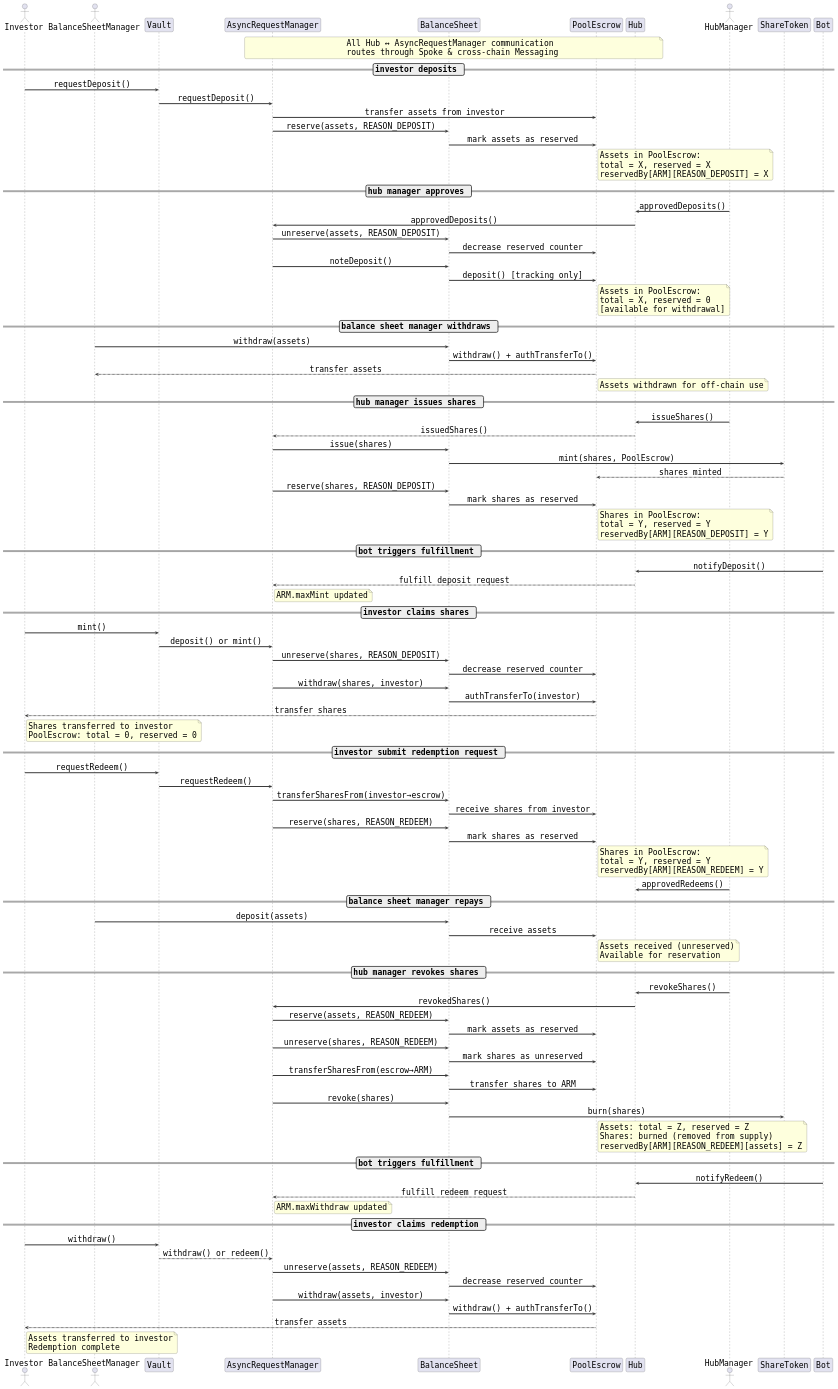
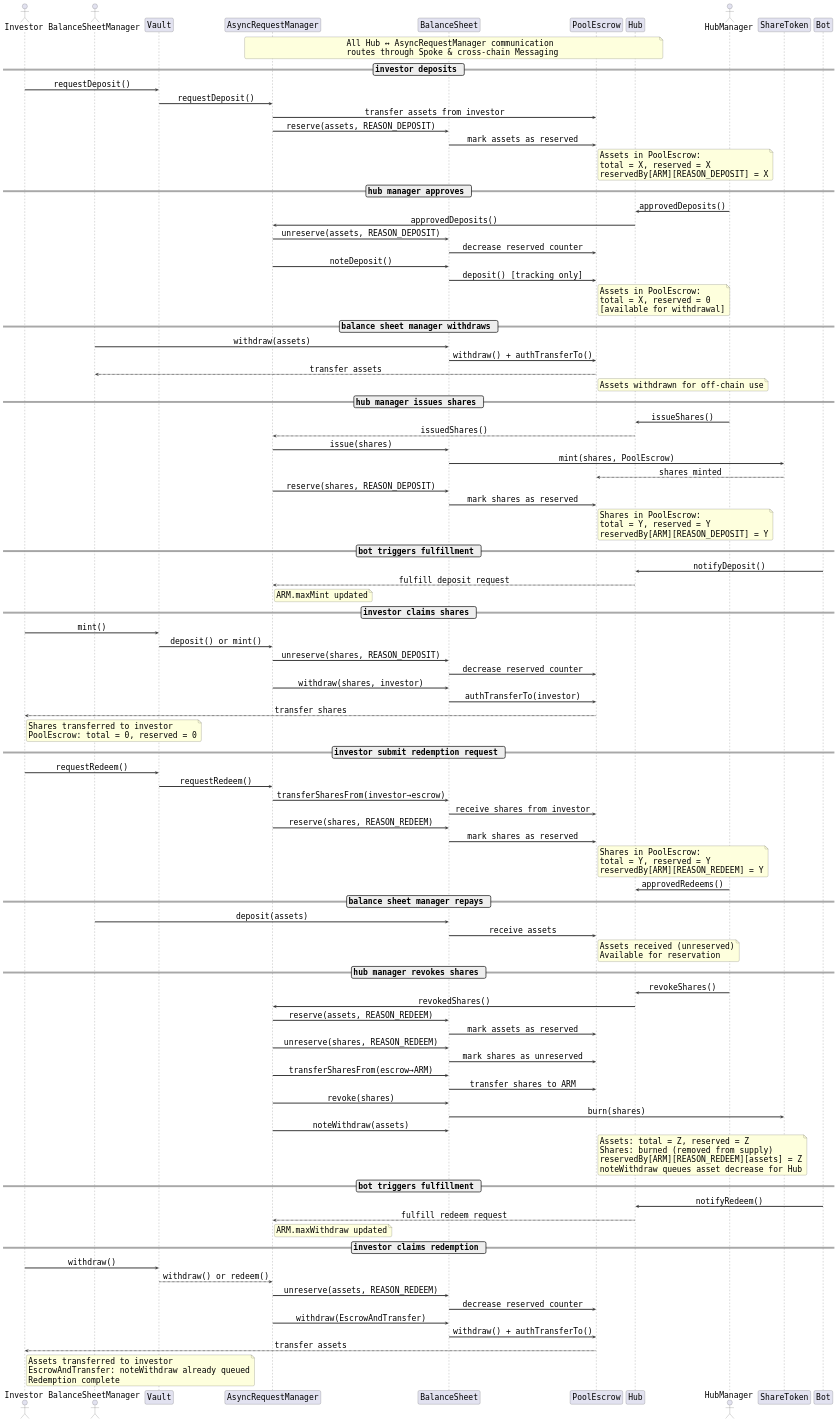
One commit to centrifuge/protocol changed the diagram in docs/architecture/vaults/flow-of-funds.puml. Above: the diagram before and after it, drawn with PlantUML. The commit also changed 19 other files, not shown here.

```diff
--- a/docs/architecture/vaults/flow-of-funds.puml
+++ b/docs/architecture/vaults/flow-of-funds.puml
@@ -1,182 +1,185 @@
 @startuml
 skinparam sequenceArrowThickness 3
 skinparam backgroundColor white
 skinparam sequenceMessageAlign center
 skinparam maxMessageSize 500
 skinparam roundcorner 10
 skinparam shadowing false
 skinparam defaultFontName "Monospaced"
 skinparam defaultFontSize 25
 
 skinparam sequence {
     ArrowColor #333333
     BoxBorderColor #999999
     BoxBackgroundColor #F9F9F9
     GroupBorderColor #AAAAAA
     GroupBackgroundColor #EEEEEE
 }
 
 actor Investor
 actor BalanceSheetManager
 participant Vault
 participant AsyncRequestManager as ARM
 participant BalanceSheet
 participant PoolEscrow
 participant Hub
 actor HubManager
 
 note over Hub, ARM
     All Hub ↔ AsyncRequestManager communication
     routes through Spoke & cross-chain Messaging
 end note
 
 == investor deposits ==
 
 Investor -> Vault : requestDeposit()
 Vault -> ARM : requestDeposit()
 ARM -> PoolEscrow : transfer assets from investor
 ARM -> BalanceSheet : reserve(assets, REASON_DEPOSIT)
 BalanceSheet -> PoolEscrow : mark assets as reserved
 
 note right of PoolEscrow
     Assets in PoolEscrow:
     total = X, reserved = X
     reservedBy[ARM][REASON_DEPOSIT] = X
 end note
 
 == hub manager approves ==
 
 HubManager -> Hub : approvedDeposits()
 Hub -> ARM : approvedDeposits()
 ARM -> BalanceSheet : unreserve(assets, REASON_DEPOSIT)
 BalanceSheet -> PoolEscrow : decrease reserved counter
 ARM -> BalanceSheet : noteDeposit()
 BalanceSheet -> PoolEscrow : deposit() [tracking only]
 
 note right of PoolEscrow
     Assets in PoolEscrow:
     total = X, reserved = 0
     [available for withdrawal]
 end note
 
 == balance sheet manager withdraws ==
 
 BalanceSheetManager -> BalanceSheet : withdraw(assets)
 BalanceSheet -> PoolEscrow : withdraw() + authTransferTo()
 PoolEscrow --> BalanceSheetManager : transfer assets
 
 note right of PoolEscrow
     Assets withdrawn for off-chain use
 end note
 
 == hub manager issues shares ==
 
 HubManager -> Hub : issueShares()
 Hub --> ARM : issuedShares()
 ARM -> BalanceSheet : issue(shares)
 BalanceSheet -> ShareToken : mint(shares, PoolEscrow)
 ShareToken --> PoolEscrow : shares minted
 ARM -> BalanceSheet : reserve(shares, REASON_DEPOSIT)
 BalanceSheet -> PoolEscrow : mark shares as reserved
 
 note right of PoolEscrow
     Shares in PoolEscrow:
     total = Y, reserved = Y
     reservedBy[ARM][REASON_DEPOSIT] = Y
 end note
 
 == bot triggers fulfillment ==
 
 Bot -> Hub : notifyDeposit()
 Hub --> ARM : fulfill deposit request
 
 note right of ARM
     ARM.maxMint updated
 end note
 
 == investor claims shares ==
 
 Investor -> Vault : mint()
 Vault -> ARM : deposit() or mint()
 ARM -> BalanceSheet : unreserve(shares, REASON_DEPOSIT)
 BalanceSheet -> PoolEscrow : decrease reserved counter
 ARM -> BalanceSheet : withdraw(shares, investor)
 BalanceSheet -> PoolEscrow : authTransferTo(investor)
 PoolEscrow --> Investor : transfer shares
 
 note right of Investor
     Shares transferred to investor
     PoolEscrow: total = 0, reserved = 0
 end note
 
 == investor submit redemption request ==
 
 Investor -> Vault : requestRedeem()
 Vault -> ARM : requestRedeem()
 ARM -> BalanceSheet : transferSharesFrom(investor→escrow)
 BalanceSheet -> PoolEscrow : receive shares from investor
 ARM -> BalanceSheet : reserve(shares, REASON_REDEEM)
 BalanceSheet -> PoolEscrow : mark shares as reserved
 
 note right of PoolEscrow
     Shares in PoolEscrow:
     total = Y, reserved = Y
     reservedBy[ARM][REASON_REDEEM] = Y
 end note
 
 HubManager -> Hub : approvedRedeems()
 
 == balance sheet manager repays ==
 
 BalanceSheetManager -> BalanceSheet : deposit(assets)
 BalanceSheet -> PoolEscrow : receive assets
 
 note right of PoolEscrow
     Assets received (unreserved)
     Available for reservation
 end note
 
 == hub manager revokes shares ==
 
 HubManager -> Hub : revokeShares()
 Hub -> ARM : revokedShares()
 ARM -> BalanceSheet : reserve(assets, REASON_REDEEM)
 BalanceSheet -> PoolEscrow : mark assets as reserved
 ARM -> BalanceSheet : unreserve(shares, REASON_REDEEM)
 BalanceSheet -> PoolEscrow : mark shares as unreserved
 ARM -> BalanceSheet : transferSharesFrom(escrow→ARM)
 BalanceSheet -> PoolEscrow : transfer shares to ARM
 ARM -> BalanceSheet : revoke(shares)
 BalanceSheet -> ShareToken : burn(shares)
+ARM -> BalanceSheet : noteWithdraw(assets)
 
 note right of PoolEscrow
     Assets: total = Z, reserved = Z
     Shares: burned (removed from supply)
     reservedBy[ARM][REASON_REDEEM][assets] = Z
+    noteWithdraw queues asset decrease for Hub
 end note
 
 == bot triggers fulfillment ==
 
 Bot -> Hub : notifyRedeem()
 Hub --> ARM : fulfill redeem request
 
 note right of ARM
     ARM.maxWithdraw updated
 end note
 
 == investor claims redemption ==
 
 Investor -> Vault : withdraw()
 Vault --> ARM : withdraw() or redeem()
 ARM -> BalanceSheet : unreserve(assets, REASON_REDEEM)
 BalanceSheet -> PoolEscrow : decrease reserved counter
-ARM -> BalanceSheet : withdraw(assets, investor)
+ARM -> BalanceSheet : withdraw(EscrowAndTransfer)
 BalanceSheet -> PoolEscrow : withdraw() + authTransferTo()
 PoolEscrow --> Investor : transfer assets
 
 note right of Investor
     Assets transferred to investor
+    EscrowAndTransfer: noteWithdraw already queued
     Redemption complete
 end note
 
 @enduml
```
